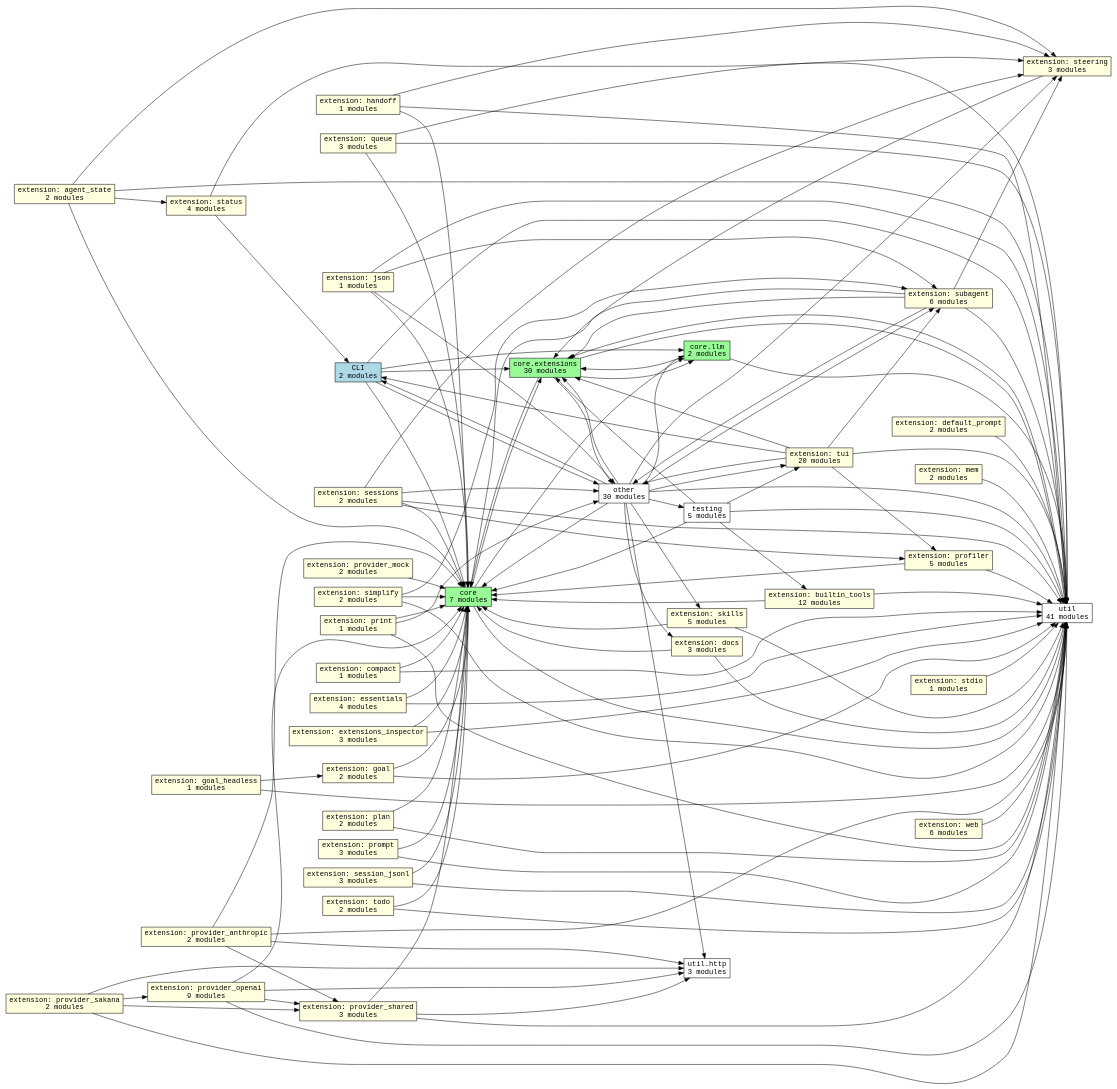
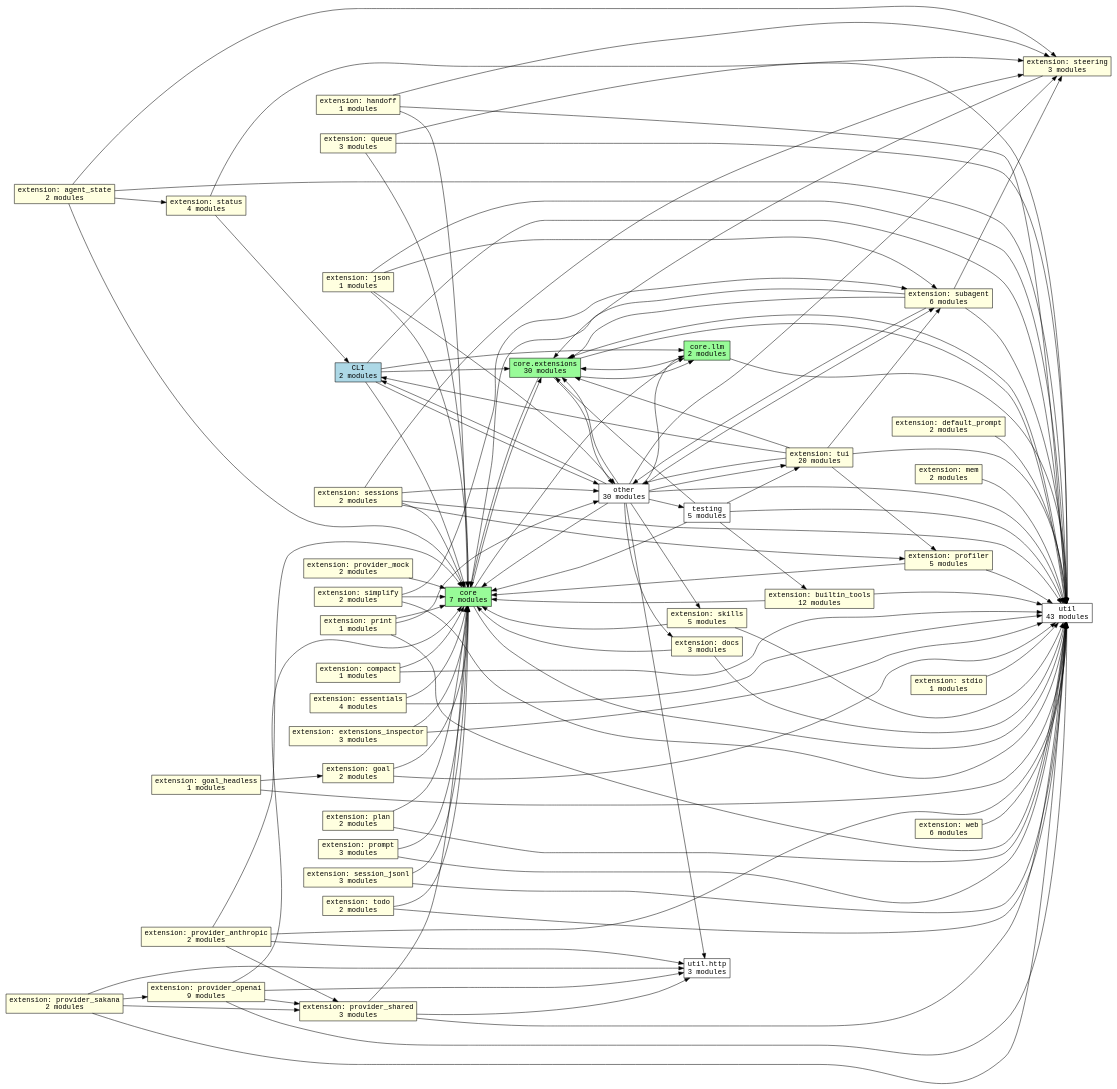
The diagram in docs/graphs/subsystems.dot (acmiyaguchi/fen), drawn with Graphviz before and after one commit. The commit also changed 12 other files, not shown here.

```diff
--- a/docs/graphs/subsystems.dot
+++ b/docs/graphs/subsystems.dot
@@ -1,163 +1,163 @@
 digraph fen_subsystems {
   graph [rankdir=LR];
   node [shape=box, fontname="monospace"];
   edge [fontname="monospace"];
   "cli" [fillcolor="lightblue", label="CLI\n2 modules", style="filled"];
   "core" [fillcolor="palegreen", label="core\n7 modules", style="filled"];
   "core.extensions" [fillcolor="palegreen", label="core.extensions\n30 modules", style="filled"];
   "core.llm" [fillcolor="palegreen", label="core.llm\n2 modules", style="filled"];
   "extension.agent_state" [fillcolor="lightyellow", label="extension: agent_state\n2 modules", style="filled"];
   "extension.builtin_tools" [fillcolor="lightyellow", label="extension: builtin_tools\n12 modules", style="filled"];
   "extension.compact" [fillcolor="lightyellow", label="extension: compact\n1 modules", style="filled"];
   "extension.default_prompt" [fillcolor="lightyellow", label="extension: default_prompt\n2 modules", style="filled"];
   "extension.docs" [fillcolor="lightyellow", label="extension: docs\n3 modules", style="filled"];
   "extension.essentials" [fillcolor="lightyellow", label="extension: essentials\n4 modules", style="filled"];
   "extension.extensions_inspector" [fillcolor="lightyellow", label="extension: extensions_inspector\n3 modules", style="filled"];
   "extension.goal" [fillcolor="lightyellow", label="extension: goal\n2 modules", style="filled"];
   "extension.goal_headless" [fillcolor="lightyellow", label="extension: goal_headless\n1 modules", style="filled"];
   "extension.handoff" [fillcolor="lightyellow", label="extension: handoff\n1 modules", style="filled"];
   "extension.json" [fillcolor="lightyellow", label="extension: json\n1 modules", style="filled"];
   "extension.mem" [fillcolor="lightyellow", label="extension: mem\n2 modules", style="filled"];
   "extension.plan" [fillcolor="lightyellow", label="extension: plan\n2 modules", style="filled"];
   "extension.print" [fillcolor="lightyellow", label="extension: print\n1 modules", style="filled"];
   "extension.profiler" [fillcolor="lightyellow", label="extension: profiler\n5 modules", style="filled"];
   "extension.prompt" [fillcolor="lightyellow", label="extension: prompt\n3 modules", style="filled"];
   "extension.provider_anthropic" [fillcolor="lightyellow", label="extension: provider_anthropic\n2 modules", style="filled"];
   "extension.provider_mock" [fillcolor="lightyellow", label="extension: provider_mock\n2 modules", style="filled"];
   "extension.provider_openai" [fillcolor="lightyellow", label="extension: provider_openai\n9 modules", style="filled"];
   "extension.provider_sakana" [fillcolor="lightyellow", label="extension: provider_sakana\n2 modules", style="filled"];
   "extension.provider_shared" [fillcolor="lightyellow", label="extension: provider_shared\n3 modules", style="filled"];
   "extension.queue" [fillcolor="lightyellow", label="extension: queue\n3 modules", style="filled"];
   "extension.session_jsonl" [fillcolor="lightyellow", label="extension: session_jsonl\n3 modules", style="filled"];
   "extension.sessions" [fillcolor="lightyellow", label="extension: sessions\n2 modules", style="filled"];
   "extension.simplify" [fillcolor="lightyellow", label="extension: simplify\n2 modules", style="filled"];
   "extension.skills" [fillcolor="lightyellow", label="extension: skills\n5 modules", style="filled"];
   "extension.status" [fillcolor="lightyellow", label="extension: status\n4 modules", style="filled"];
   "extension.stdio" [fillcolor="lightyellow", label="extension: stdio\n1 modules", style="filled"];
   "extension.steering" [fillcolor="lightyellow", label="extension: steering\n3 modules", style="filled"];
   "extension.subagent" [fillcolor="lightyellow", label="extension: subagent\n6 modules", style="filled"];
   "extension.todo" [fillcolor="lightyellow", label="extension: todo\n2 modules", style="filled"];
   "extension.tui" [fillcolor="lightyellow", label="extension: tui\n20 modules", style="filled"];
   "extension.web" [fillcolor="lightyellow", label="extension: web\n6 modules", style="filled"];
   "other" [fillcolor="white", label="other\n30 modules", style="filled"];
   "testing" [fillcolor="white", label="testing\n5 modules", style="filled"];
-  "util" [fillcolor="white", label="util\n41 modules", style="filled"];
+  "util" [fillcolor="white", label="util\n43 modules", style="filled"];
   "util.http" [fillcolor="white", label="util.http\n3 modules", style="filled"];
   "cli" -> "core";
   "cli" -> "core.extensions";
   "cli" -> "core.llm";
   "cli" -> "other";
   "cli" -> "util";
   "core" -> "core.extensions";
   "core" -> "core.llm";
   "core" -> "util";
   "core.extensions" -> "core";
   "core.extensions" -> "core.llm";
   "core.extensions" -> "other";
   "core.extensions" -> "util";
   "core.llm" -> "core.extensions";
   "core.llm" -> "util";
   "extension.agent_state" -> "core";
   "extension.agent_state" -> "extension.status";
   "extension.agent_state" -> "extension.steering";
   "extension.agent_state" -> "util";
   "extension.builtin_tools" -> "core";
   "extension.builtin_tools" -> "util";
   "extension.compact" -> "core";
   "extension.compact" -> "util";
   "extension.default_prompt" -> "util";
   "extension.docs" -> "core";
   "extension.docs" -> "util";
   "extension.essentials" -> "core";
   "extension.essentials" -> "util";
   "extension.extensions_inspector" -> "core";
   "extension.extensions_inspector" -> "util";
   "extension.goal" -> "core";
   "extension.goal" -> "util";
   "extension.goal_headless" -> "extension.goal";
   "extension.goal_headless" -> "util";
   "extension.handoff" -> "core";
   "extension.handoff" -> "extension.steering";
   "extension.handoff" -> "util";
   "extension.json" -> "core";
   "extension.json" -> "extension.subagent";
   "extension.json" -> "other";
   "extension.json" -> "util";
   "extension.mem" -> "util";
   "extension.plan" -> "core";
   "extension.plan" -> "util";
   "extension.print" -> "core";
   "extension.print" -> "other";
   "extension.print" -> "util";
   "extension.profiler" -> "core";
   "extension.profiler" -> "util";
   "extension.prompt" -> "core";
   "extension.prompt" -> "util";
   "extension.provider_anthropic" -> "core";
   "extension.provider_anthropic" -> "extension.provider_shared";
   "extension.provider_anthropic" -> "util";
   "extension.provider_anthropic" -> "util.http";
   "extension.provider_mock" -> "core";
   "extension.provider_openai" -> "core";
   "extension.provider_openai" -> "extension.provider_shared";
   "extension.provider_openai" -> "util";
   "extension.provider_openai" -> "util.http";
   "extension.provider_sakana" -> "extension.provider_openai";
   "extension.provider_sakana" -> "extension.provider_shared";
   "extension.provider_sakana" -> "util";
   "extension.provider_sakana" -> "util.http";
   "extension.provider_shared" -> "core";
   "extension.provider_shared" -> "util";
   "extension.provider_shared" -> "util.http";
   "extension.queue" -> "core";
   "extension.queue" -> "extension.steering";
   "extension.queue" -> "util";
   "extension.session_jsonl" -> "core";
   "extension.session_jsonl" -> "util";
   "extension.sessions" -> "core";
   "extension.sessions" -> "extension.profiler";
   "extension.sessions" -> "extension.steering";
   "extension.sessions" -> "other";
   "extension.sessions" -> "util";
   "extension.simplify" -> "core";
   "extension.simplify" -> "extension.subagent";
   "extension.simplify" -> "util";
   "extension.skills" -> "core";
   "extension.skills" -> "util";
   "extension.status" -> "cli";
   "extension.status" -> "util";
   "extension.stdio" -> "util";
   "extension.steering" -> "core.extensions";
   "extension.subagent" -> "core";
   "extension.subagent" -> "core.extensions";
   "extension.subagent" -> "extension.steering";
   "extension.subagent" -> "other";
   "extension.subagent" -> "util";
   "extension.todo" -> "core";
   "extension.todo" -> "util";
   "extension.tui" -> "cli";
   "extension.tui" -> "core.extensions";
   "extension.tui" -> "extension.profiler";
   "extension.tui" -> "extension.subagent";
   "extension.tui" -> "other";
   "extension.tui" -> "util";
   "extension.web" -> "util";
   "other" -> "cli";
   "other" -> "core";
   "other" -> "core.extensions";
   "other" -> "core.llm";
   "other" -> "extension.docs";
   "other" -> "extension.skills";
   "other" -> "extension.steering";
   "other" -> "extension.subagent";
   "other" -> "extension.tui";
   "other" -> "testing";
   "other" -> "util";
   "other" -> "util.http";
   "testing" -> "core";
   "testing" -> "core.extensions";
   "testing" -> "extension.builtin_tools";
   "testing" -> "extension.tui";
   "testing" -> "util";
   "util" -> "core.extensions";
 }
```
